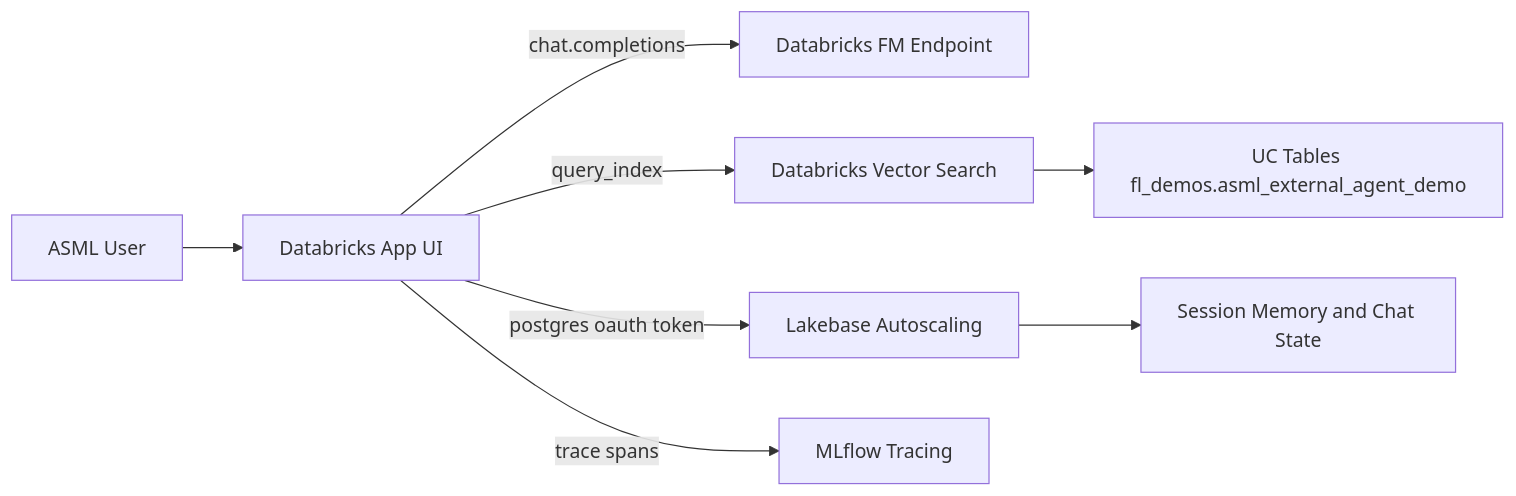
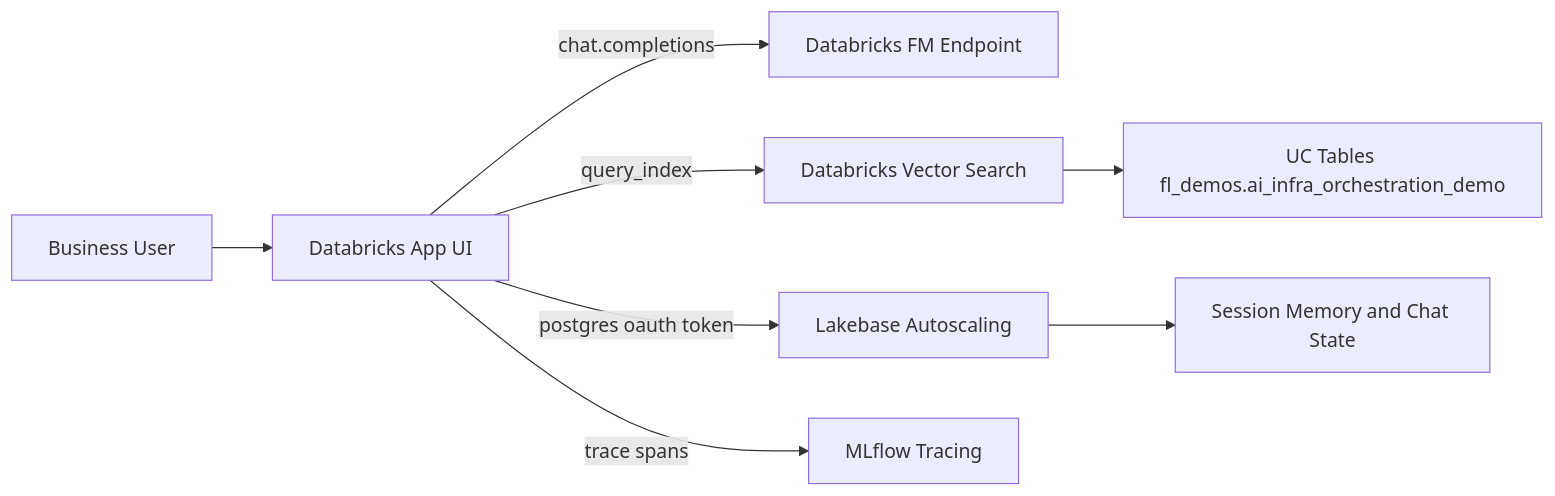
Before and after one commit to fabianlanz-db/AI_Infra_Orchestration: the diagram in DEMO_DAY_PACKAGE.md, drawn with Mermaid. The commit also changed other lines of this file and 16 other files, not shown here.

First line of the commit message:
Standardize naming to AI Infra Orchestration.

````diff
--- a/DEMO_DAY_PACKAGE.md
+++ b/DEMO_DAY_PACKAGE.md
@@ -12,10 +12,10 @@
 ```mermaid
 flowchart LR
-  User[ASML User] --> AppUI[Databricks App UI]
+  User[Business User] --> AppUI[Databricks App UI]
   AppUI -->|chat.completions| FmEndpoint[Databricks FM Endpoint]
   AppUI -->|query_index| VectorSearch[Databricks Vector Search]
   AppUI -->|postgres oauth token| Lakebase[Lakebase Autoscaling]
   AppUI -->|trace spans| Mlflow[MLflow Tracing]
-  VectorSearch --> DeltaTables[UC Tables fl_demos.asml_external_agent_demo]
+  VectorSearch --> DeltaTables[UC Tables fl_demos.ai_infra_orchestration_demo]
   Lakebase --> SessionState[Session Memory and Chat State]
 ```
````
